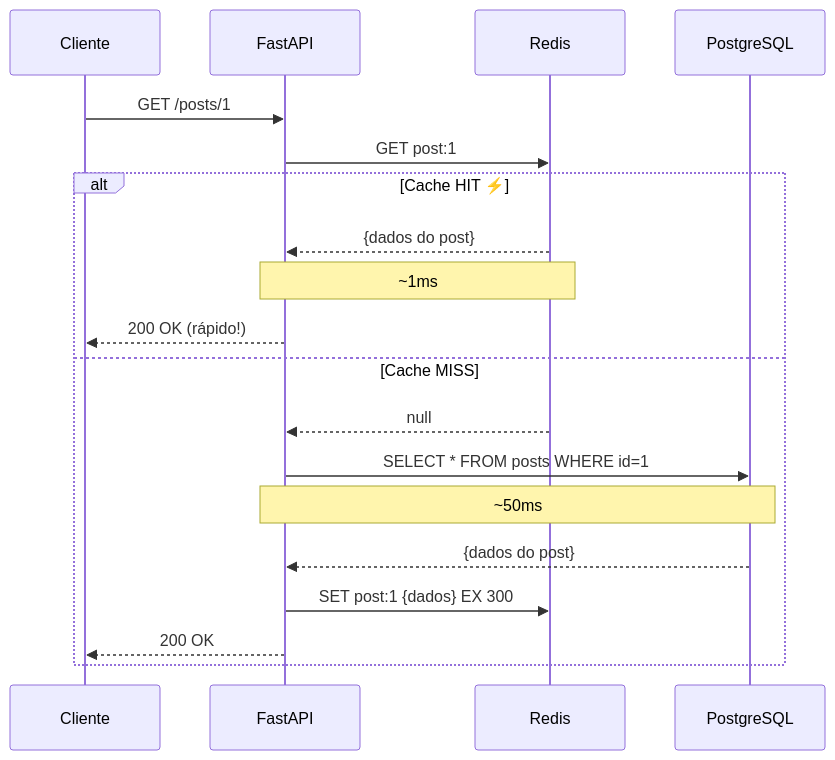
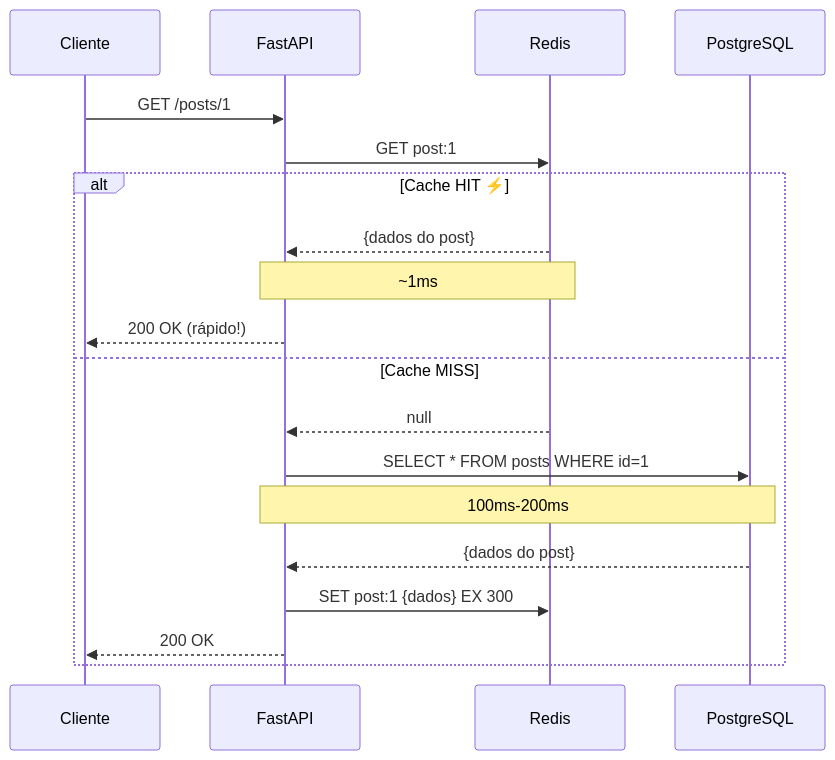
One commit to LED-CIn-UFPE/aws-postgres-redis changed the second of 6 diagrams in README.md. Above: the diagram before and after it, drawn with Mermaid. The commit also changed other lines of this file, not shown here.

````diff
--- a/README.md
+++ b/README.md
@@ -97,23 +91,23 @@
 ```mermaid
 sequenceDiagram
     participant C as Cliente
     participant API as FastAPI
     participant R as Redis
     participant PG as PostgreSQL
 
     C->>API: GET /posts/1
     API->>R: GET post:1
 
     alt Cache HIT ⚡
         R-->>API: {dados do post}
         Note over API,R: ~1ms
         API-->>C: 200 OK (rápido!)
     else Cache MISS
         R-->>API: null
         API->>PG: SELECT * FROM posts WHERE id=1
-        Note over API,PG: ~50ms
+        Note over API,PG: 100ms-200ms
         PG-->>API: {dados do post}
         API->>R: SET post:1 {dados} EX 300
         API-->>C: 200 OK
     end
 ```
````
